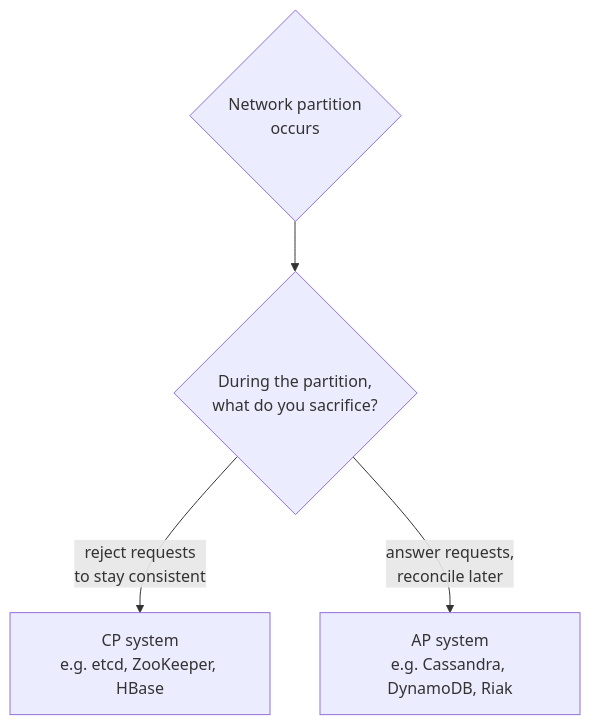
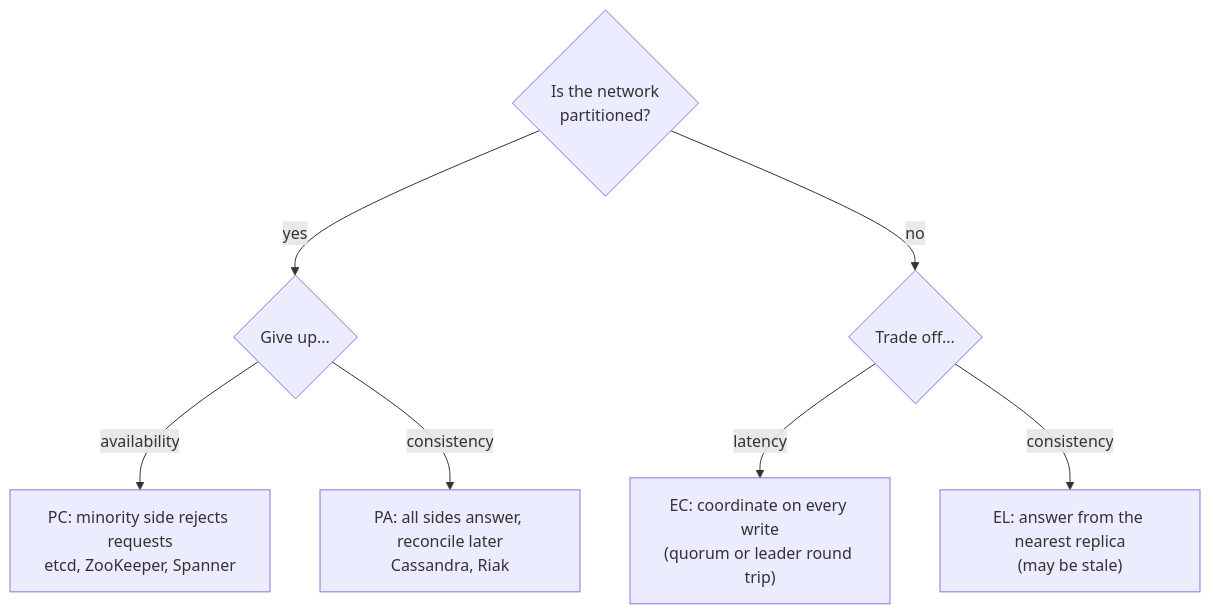
The second of 3 diagrams in github-pages/docs/distributed-systems/index.md (AndrewAltimit/Documentation), drawn with Mermaid before and after one commit. The commit also changed other lines of this file and 240 other files, not shown here.

````diff
--- a/github-pages/docs/distributed-systems/index.md
+++ b/github-pages/docs/distributed-systems/index.md
@@ -55,6 +65,9 @@
 ```mermaid
 flowchart TD
-    P{"Network partition<br/>occurs"} --> Q{"During the partition,<br/>what do you sacrifice?"}
-    Q -- "reject requests<br/>to stay consistent" --> CP["CP system<br/>e.g. etcd, ZooKeeper, HBase"]
-    Q -- "answer requests,<br/>reconcile later" --> AP["AP system<br/>e.g. Cassandra, DynamoDB, Riak"]
+    Q{"Is the network<br/>partitioned?"} -- yes --> P{"Give up..."}
+    P -- "availability" --> PC["PC: minority side rejects requests<br/>etcd, ZooKeeper, Spanner"]
+    P -- "consistency" --> PA["PA: all sides answer, reconcile later<br/>Cassandra, Riak"]
+    Q -- no --> E{"Trade off..."}
+    E -- "latency" --> EC["EC: coordinate on every write<br/>(quorum or leader round trip)"]
+    E -- "consistency" --> EL["EL: answer from the nearest replica<br/>(may be stale)"]
 ```
````
